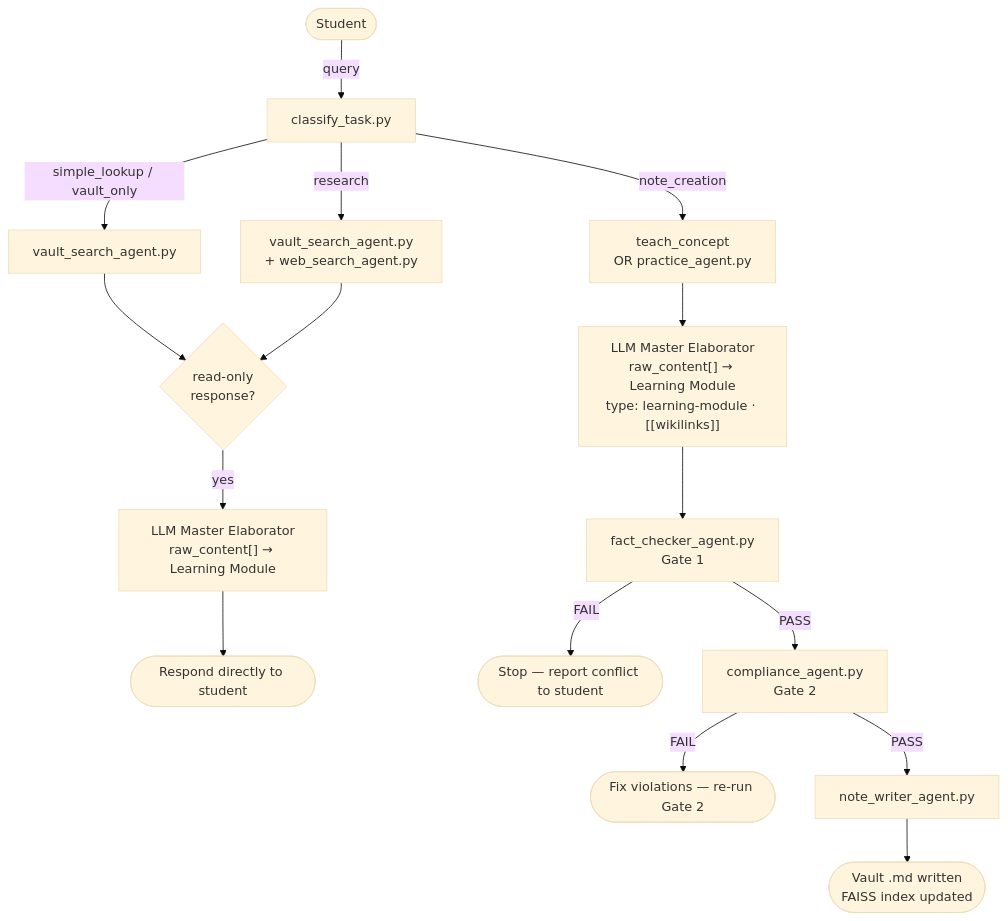
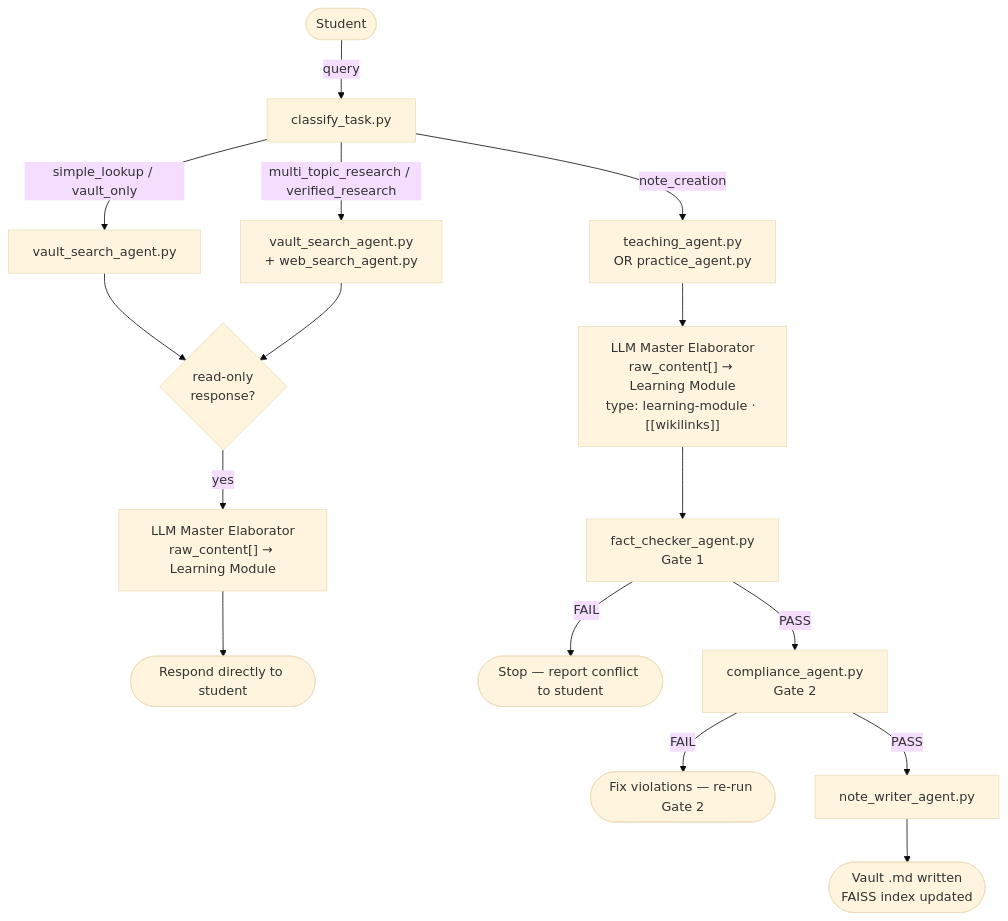
Diagram 12 of 12 in 00 - System/Agent Architecture (C4+1).md (rabindranath-mishra/Study_Agent), drawn with Mermaid (base theme) before and after one commit. The commit also changed other lines of this file, not shown here.

First line of the commit message:
docs(architecture): sync C4+1 doc with current tool behaviour

````diff
--- a/00 - System/Agent Architecture (C4+1).md
+++ b/00 - System/Agent Architecture (C4+1).md
@@ -479,22 +481,22 @@
 ```mermaid
 flowchart TD
     S(["Student"])
     CT["classify_task.py"]
 
     S -- "query" --> CT
     CT -- "simple_lookup / vault_only" --> VS["vault_search_agent.py"]
-    CT -- "research" --> WS["vault_search_agent.py<br/>+ web_search_agent.py"]
-    CT -- "note_creation" --> NG["teach_concept<br/>OR practice_agent.py"]
+    CT -- "multi_topic_research / verified_research" --> WS["vault_search_agent.py<br/>+ web_search_agent.py"]
+    CT -- "note_creation" --> NG["teaching_agent.py<br/>OR practice_agent.py"]
 
     VS & WS --> RO{"read-only<br/>response?"}
     RO -- "yes" --> ELAB1["LLM Master Elaborator<br/>raw_content[] → Learning Module"]
     ELAB1 --> RESP(["Respond directly to student"])
 
     NG --> ELAB2["LLM Master Elaborator<br/>raw_content[] → Learning Module<br/>type: learning-module · [[wikilinks]]"]
     ELAB2 --> G1["fact_checker_agent.py<br/>Gate 1"]
     G1 -- "FAIL" --> STOP(["Stop — report conflict to student"])
     G1 -- "PASS" --> G2["compliance_agent.py<br/>Gate 2"]
     G2 -- "FAIL" --> FIX(["Fix violations — re-run Gate 2"])
     G2 -- "PASS" --> NW["note_writer_agent.py"]
     NW --> VAULT(["Vault .md written<br/>FAISS index updated"])
 ```
````
